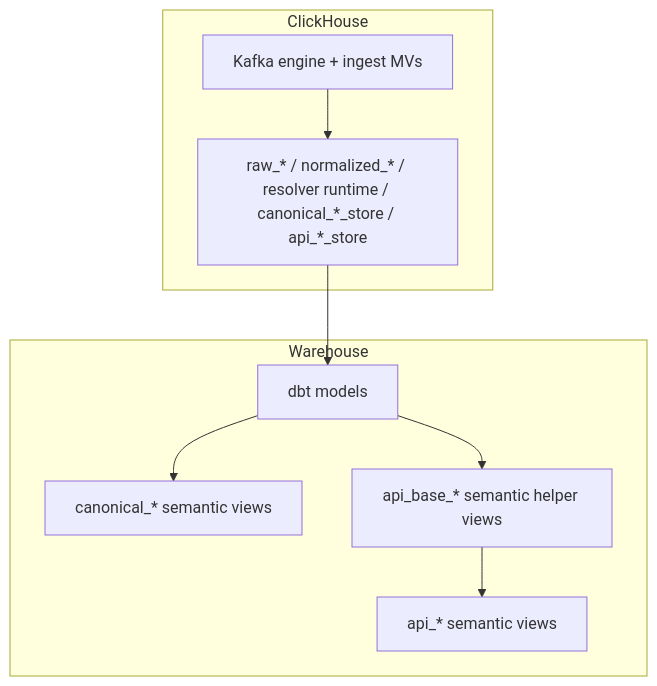
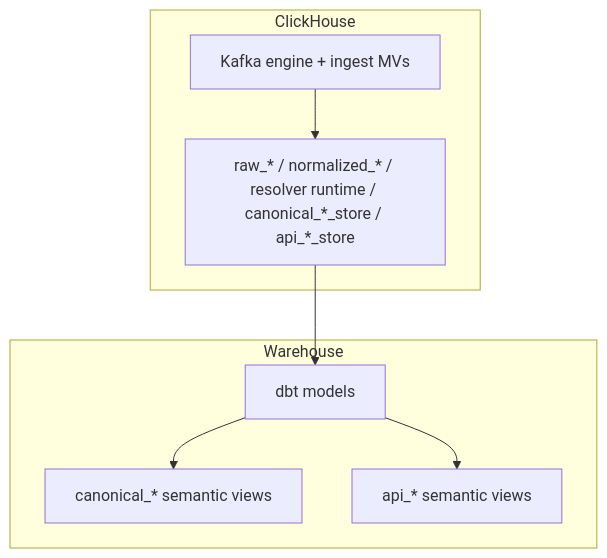
One commit to Cloud-SPE/livepeer-naap-analytics changed the second of 4 diagrams in docs/design-docs/system-visuals.md. Above: the diagram before and after it, drawn with Mermaid. The commit also changed other lines of this file and 15 other files, not shown here.

````diff
--- a/docs/design-docs/system-visuals.md
+++ b/docs/design-docs/system-visuals.md
@@ -41,20 +39,18 @@
 ```mermaid
 flowchart TB
     subgraph ClickHouse
         INGEST[Kafka engine + ingest MVs]
         PHYS[raw_* / normalized_* / resolver runtime / canonical_*_store / api_*_store]
     end
 
     subgraph Warehouse
         DBT[dbt models]
         CAN[canonical_* semantic views]
-        APIB[api_base_* semantic helper views]
         APIV[api_* semantic views]
     end
 
     INGEST --> PHYS
     PHYS --> DBT
     DBT --> CAN
-    DBT --> APIB
-    APIB --> APIV
+    DBT --> APIV
 ```
````
